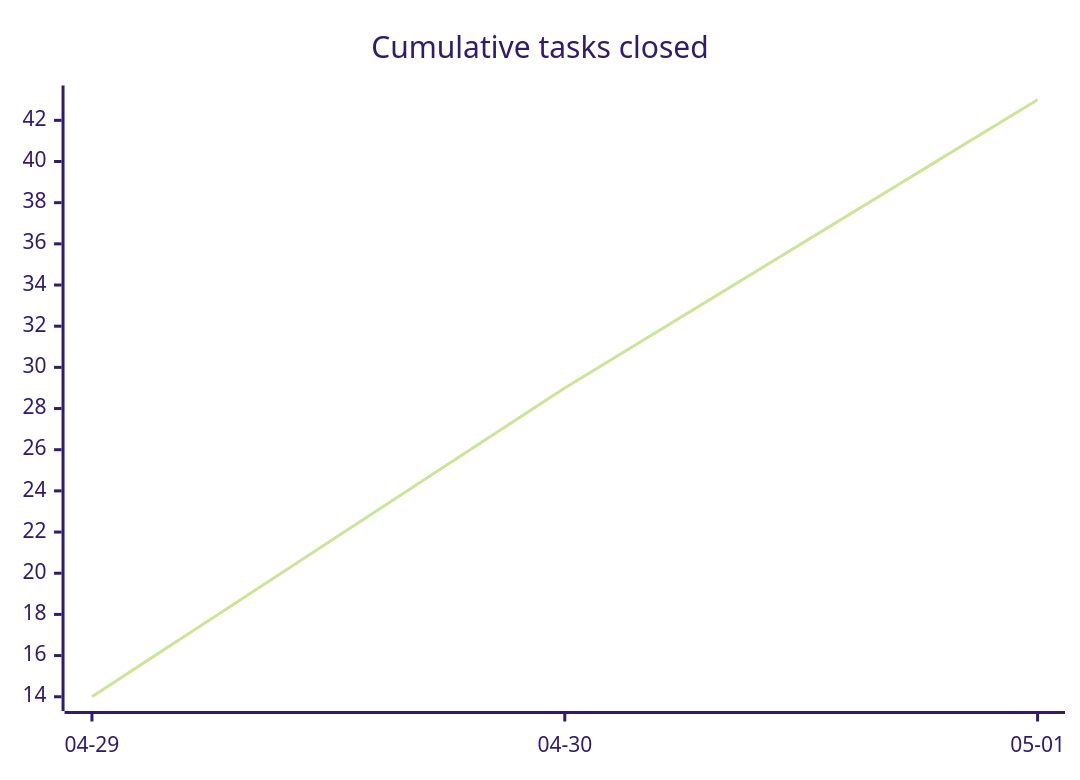
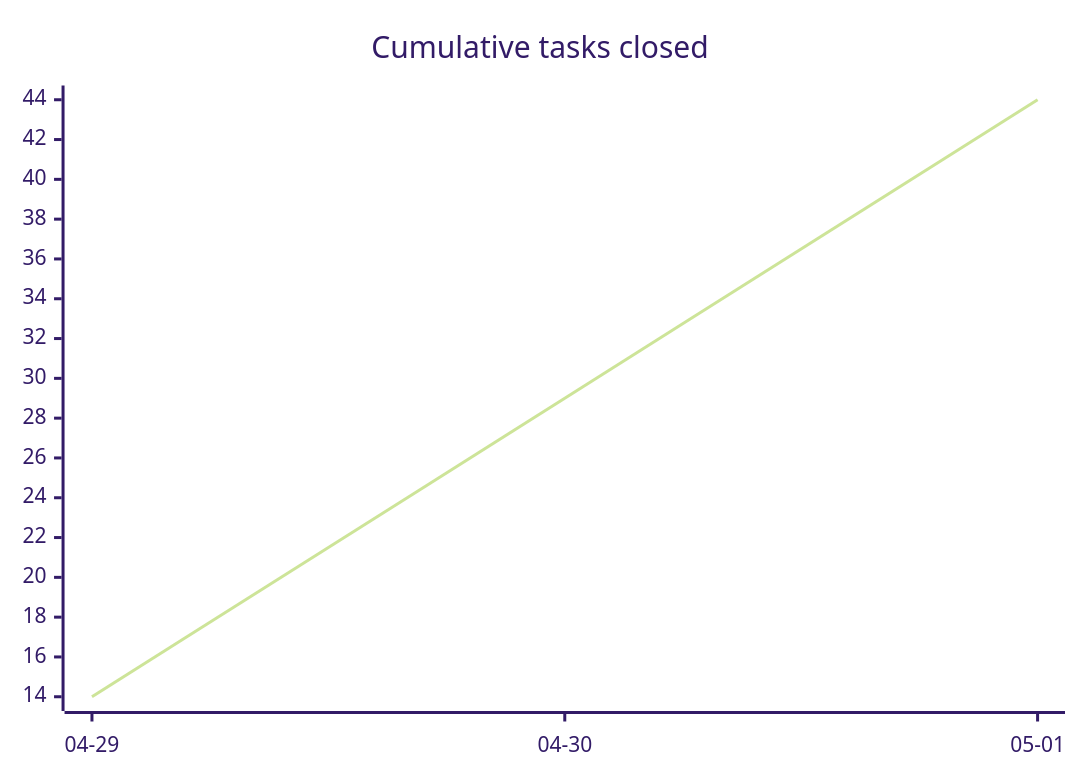
The first of 3 diagrams in docs/developers/tasks/OVERVIEW.md (tgd1975/AwesomeStudioPedal), drawn with Mermaid (forest theme) before and after one commit. The commit also changed other lines of this file and 8 other files, not shown here.

````diff
--- a/docs/developers/tasks/OVERVIEW.md
+++ b/docs/developers/tasks/OVERVIEW.md
@@ -22,6 +22,6 @@
 ```mermaid
 xychart-beta
     title "Cumulative tasks closed"
     x-axis ["04-29", "04-30", "05-01"]
-    line [14, 29, 43]
+    line [14, 29, 44]
 ```
````
